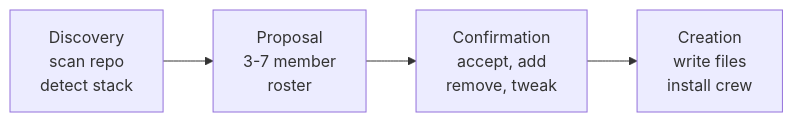
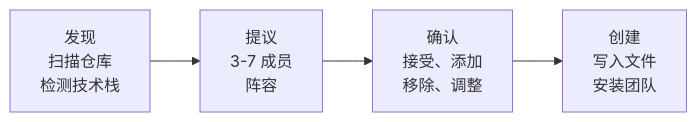
Before and after one commit to Allen-work-mk/squad-zh: the diagram in docs/src/content/docs-zh/concepts/your-team.md, drawn with Mermaid. The commit also changed other lines of this file and 5 other files, not shown here.

````diff
--- a/docs/src/content/docs-zh/concepts/your-team.md
+++ b/docs/src/content/docs-zh/concepts/your-team.md
@@ -30,11 +29,11 @@
 ```mermaid
 graph LR
-    A["Discovery<br/>scan repo<br/>detect stack"]
-    B["Proposal<br/>3-7 member<br/>roster"]
-    C["Confirmation<br/>accept, add<br/>remove, tweak"]
-    D["Creation<br/>write files<br/>install crew"]
+    A["发现<br/>扫描仓库<br/>检测技术栈"]
+    B["提议<br/>3-7 成员<br/>阵容"]
+    C["确认<br/>接受、添加<br/>移除、调整"]
+    D["创建<br/>写入文件<br/>安装团队"]
     
     A --> B
     B --> C
     C --> D
 ```
````
